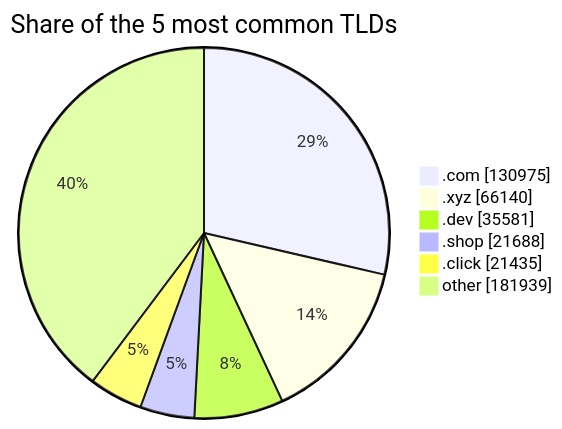
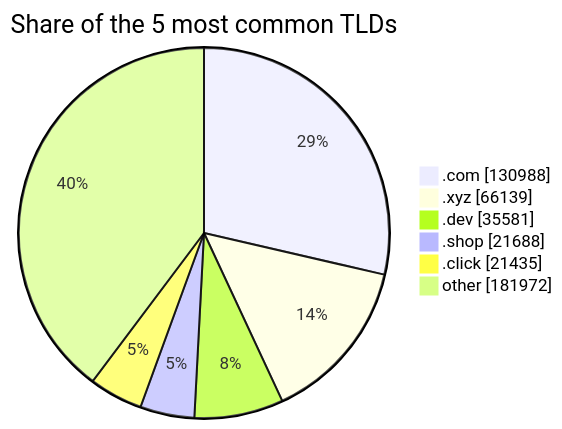
Before and after one commit to DNSBunker/CTI: the third of 3 diagrams in README.md, drawn with Mermaid. The commit also changed other lines of this file and 3 other files, not shown here.

````diff
--- a/README.md
+++ b/README.md
@@ -81,9 +81,9 @@
 ```mermaid
 pie showData title Share of the 5 most common TLDs
-    ".com" : 130975
-    ".xyz" : 66140
+    ".com" : 130988
+    ".xyz" : 66139
     ".dev" : 35581
     ".shop" : 21688
     ".click" : 21435
-    "other" : 181939
+    "other" : 181972
 ```
````
